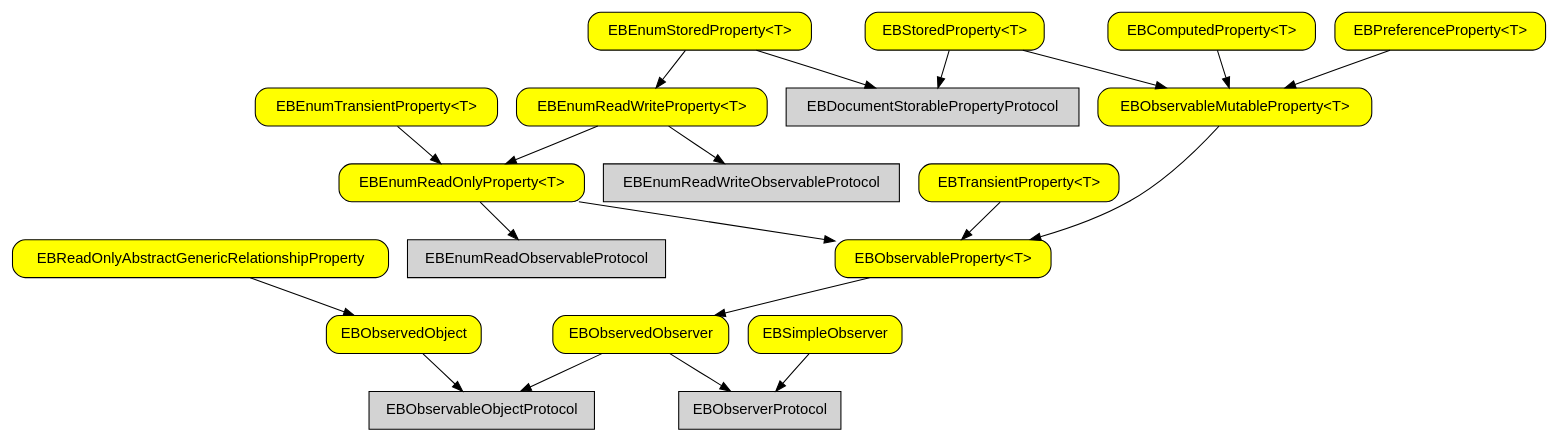
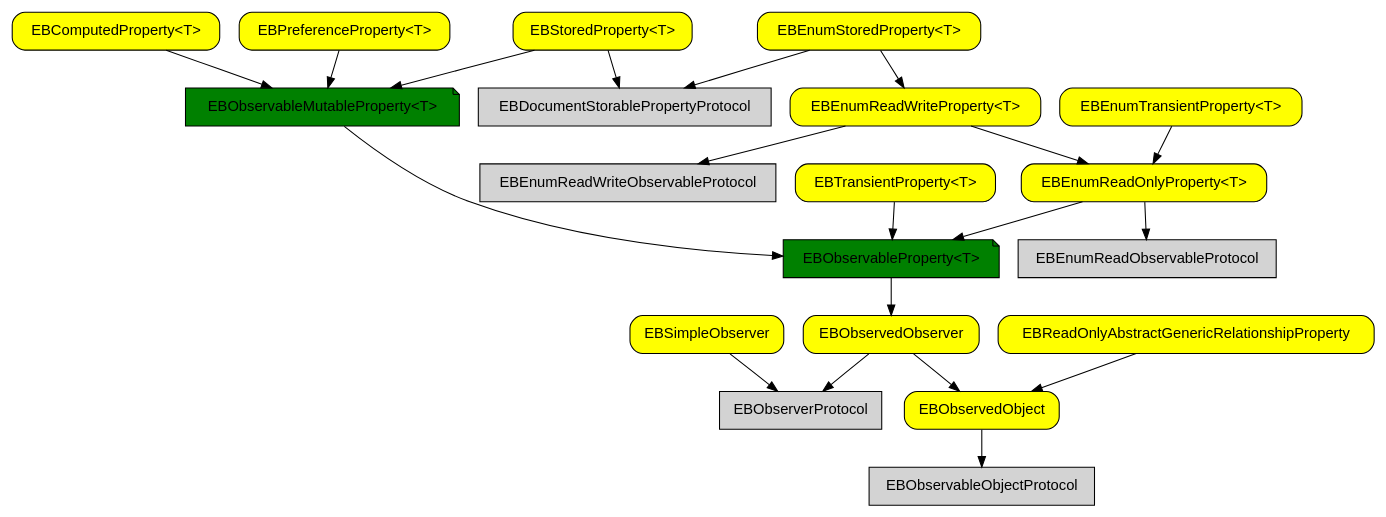
One commit to pierremolinaro/ElCanari-dev changed the diagram in models/observable-property-graph.dot. Above: the diagram before and after it, drawn with Graphviz. The commit also changed 82 other files, not shown here.

```diff
--- a/models/observable-property-graph.dot
+++ b/models/observable-property-graph.dot
@@ -1,32 +1,38 @@
 digraph G {
 
   node [shape=box fontname=helvetica fillcolor=lightgray style=filled] ;
 
   EBObservableObjectProtocol ;
   EBObserverProtocol ;
   EBDocumentStorablePropertyProtocol ;
   EBEnumReadObservableProtocol;
   EBEnumReadWriteObservableProtocol;
 
+  node [shape=note fontname=helvetica style="filled" fillcolor=green] ;
+
+  "EBObservableMutableProperty<T>" ;
+  "EBObservableProperty<T>" ;
+
   node [shape=box fontname=helvetica style="rounded,filled" fillcolor=yellow] ;
 
   EBObservedObject -> EBObservableObjectProtocol ;
-  EBObservedObserver -> EBObservableObjectProtocol ;
   EBObservedObserver -> EBObserverProtocol ;
+  EBObservedObserver -> EBObservedObject ;
   EBSimpleObserver -> EBObserverProtocol ;
+
   "EBObservableProperty<T>" -> EBObservedObserver ;
   EBReadOnlyAbstractGenericRelationshipProperty -> EBObservedObject ;
   "EBTransientProperty<T>" -> "EBObservableProperty<T>" ;
   "EBEnumReadOnlyProperty<T>" -> "EBObservableProperty<T>" ;
   "EBEnumReadOnlyProperty<T>" -> EBEnumReadObservableProtocol ;
   "EBObservableMutableProperty<T>" -> "EBObservableProperty<T>" ;
   "EBComputedProperty<T>" -> "EBObservableMutableProperty<T>" ;
   "EBPreferenceProperty<T>" -> "EBObservableMutableProperty<T>" ;
   "EBStoredProperty<T>" -> "EBObservableMutableProperty<T>" ;
   "EBStoredProperty<T>" -> EBDocumentStorablePropertyProtocol ;
   "EBEnumReadWriteProperty<T>" -> "EBEnumReadOnlyProperty<T>" ;
   "EBEnumReadWriteProperty<T>" -> EBEnumReadWriteObservableProtocol ;
   "EBEnumTransientProperty<T>" -> "EBEnumReadOnlyProperty<T>" ;
   "EBEnumStoredProperty<T>" -> "EBEnumReadWriteProperty<T>" ;
   "EBEnumStoredProperty<T>" -> EBDocumentStorablePropertyProtocol ;
  }
```
